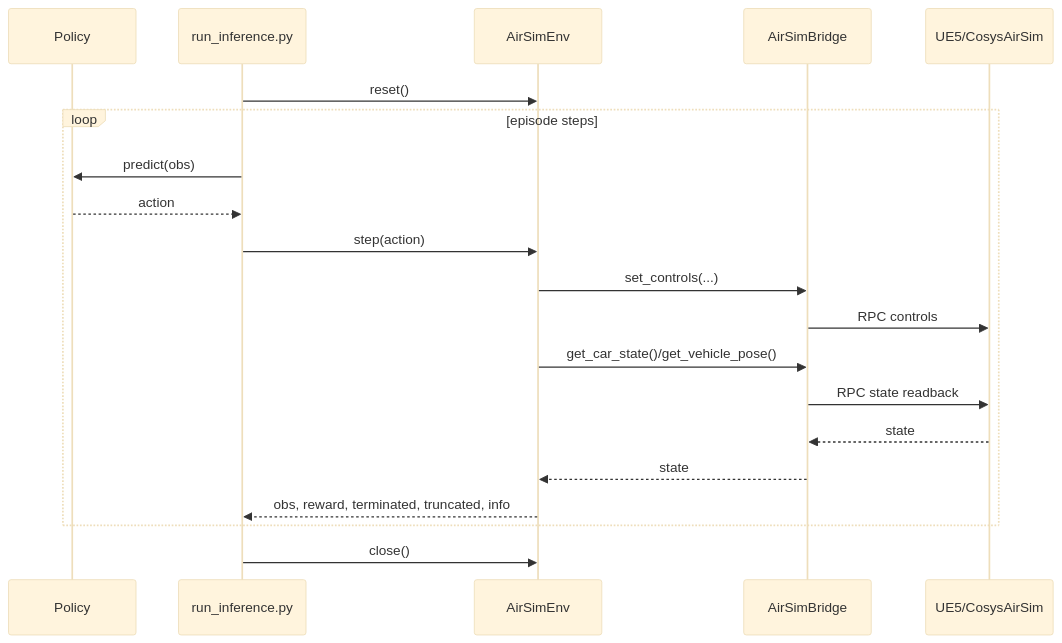
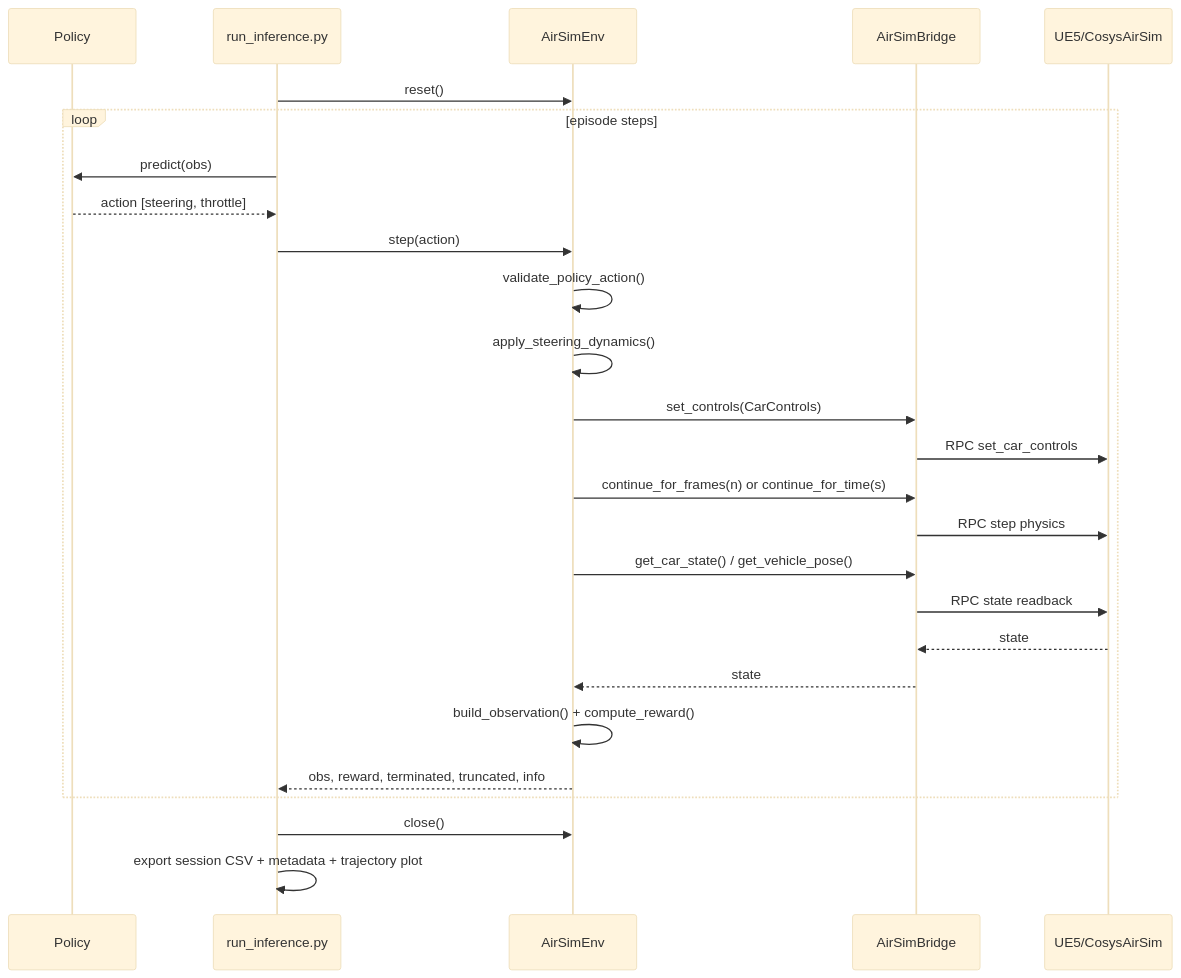
One commit to UAntwerpM4S/RudoLF changed the fifth of 6 diagrams in docs/airsim_architecture.md. Above: the diagram before and after it, drawn with Mermaid (base theme). The commit also changed other lines of this file and 4 other files, not shown here.

````diff
--- a/docs/airsim_architecture.md
+++ b/docs/airsim_architecture.md
@@ -163,23 +211,29 @@
 ```mermaid
 sequenceDiagram
     participant Policy
     participant Runner as run_inference.py
     participant Env as AirSimEnv
     participant Bridge as AirSimBridge
     participant UE5 as UE5/CosysAirSim
 
     Runner->>Env: reset()
     loop episode steps
         Runner->>Policy: predict(obs)
-        Policy-->>Runner: action
+        Policy-->>Runner: action [steering, throttle]
         Runner->>Env: step(action)
-        Env->>Bridge: set_controls(...)
-        Bridge->>UE5: RPC controls
-        Env->>Bridge: get_car_state()/get_vehicle_pose()
+        Env->>Env: validate_policy_action()
+        Env->>Env: apply_steering_dynamics()
+        Env->>Bridge: set_controls(CarControls)
+        Bridge->>UE5: RPC set_car_controls
+        Env->>Bridge: continue_for_frames(n) or continue_for_time(s)
+        Bridge->>UE5: RPC step physics
+        Env->>Bridge: get_car_state() / get_vehicle_pose()
         Bridge->>UE5: RPC state readback
         UE5-->>Bridge: state
         Bridge-->>Env: state
+        Env->>Env: build_observation() + compute_reward()
         Env-->>Runner: obs, reward, terminated, truncated, info
     end
     Runner->>Env: close()
+    Runner->>Runner: export session CSV + metadata + trajectory plot
 ```
````
